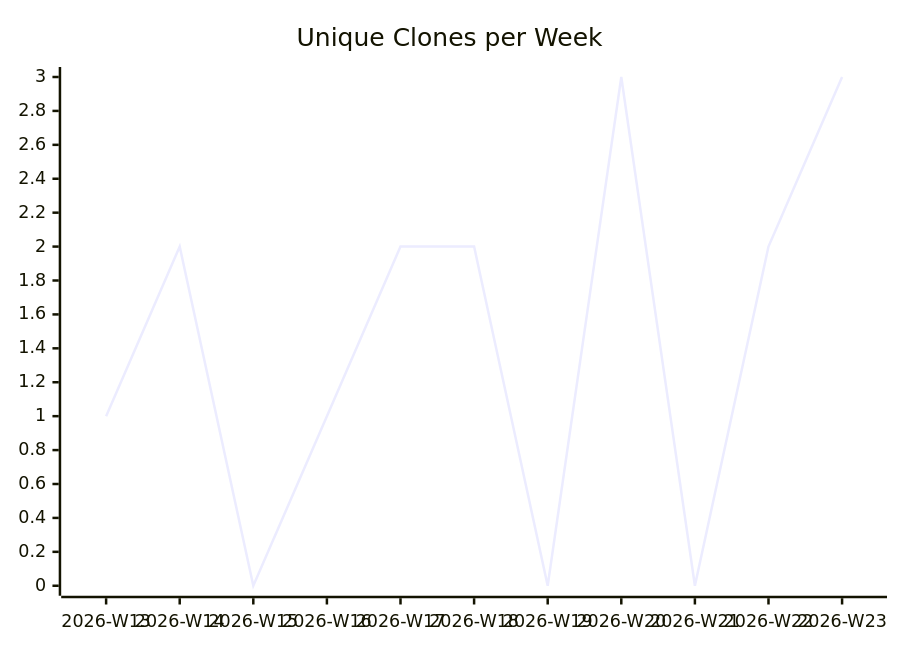
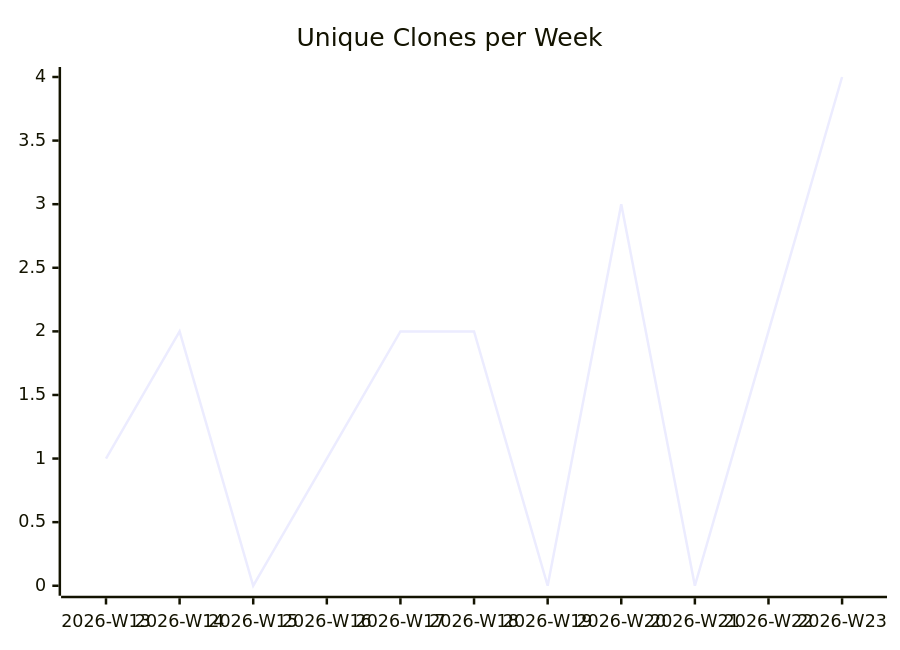
The third of 3 diagrams in karlmdavis/hapi-fhir-jpaserver-starter/README.md (justdavis-family/github-analytics-data), drawn with Mermaid before and after one commit. The commit also changed other lines of this file and 188 other files, not shown here.

````diff
--- a/karlmdavis/hapi-fhir-jpaserver-starter/README.md
+++ b/karlmdavis/hapi-fhir-jpaserver-starter/README.md
@@ -19,6 +19,6 @@
 ```mermaid
 xychart-beta
   title "Unique Clones per Week"
   x-axis ["2026-W13", "2026-W14", "2026-W15", "2026-W16", "2026-W17", "2026-W18", "2026-W19", "2026-W20", "2026-W21", "2026-W22", "2026-W23"]
-  line [1, 2, 0, 1, 2, 2, 0, 3, 0, 2, 3]
+  line [1, 2, 0, 1, 2, 2, 0, 3, 0, 2, 4]
 ```
````
